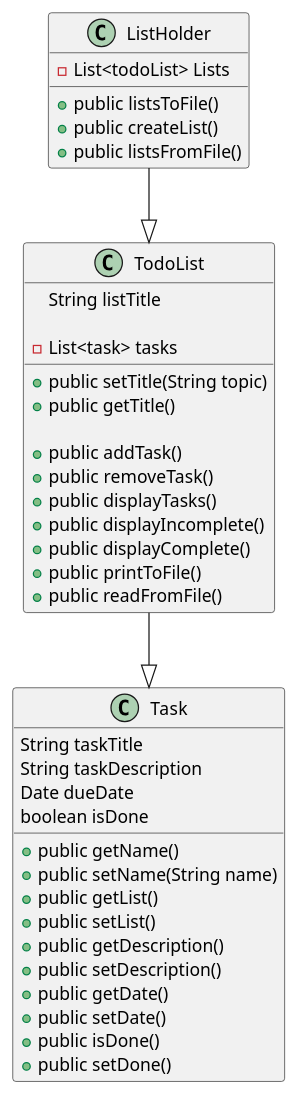
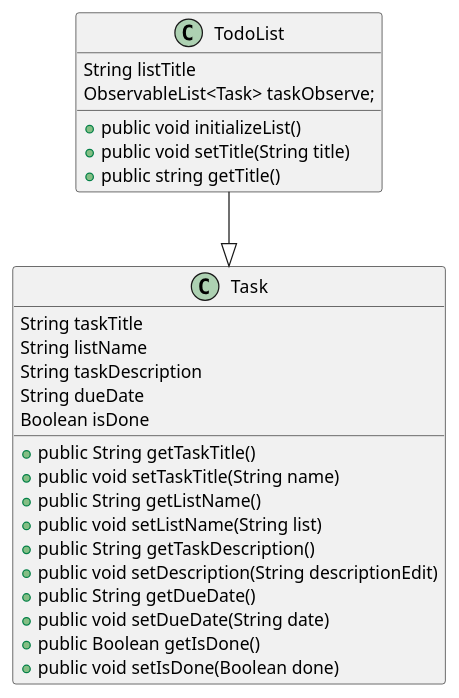
Before and after one commit to enzosromano/To-Do-List-Manager: the diagram in uml/objectDiagram.puml, drawn with PlantUML. The commit also changed 3 other files, not shown here.

Commit message:
Added Task methods + UML

```diff
--- a/uml/objectDiagram.puml
+++ b/uml/objectDiagram.puml
@@ -1,49 +1,33 @@
 @startuml
 
-ListHolder --|> TodoList
 TodoList --|> Task
-
-class ListHolder{
-    - List<todoList> Lists
-
-    + public listsToFile()
-    + public createList()
-    + public listsFromFile()
-}
 
 class TodoList{
     String listTitle
+    ObservableList<Task> taskObserve;
 
-    - List<task> tasks
-
-    + public setTitle(String topic)
-    + public getTitle()
-
-    + public addTask()
-    + public removeTask()
-    + public displayTasks()
-    + public displayIncomplete()
-    + public displayComplete()
-    + public printToFile()
-    + public readFromFile()
+    + public void initializeList()
+    + public void setTitle(String title)
+    + public string getTitle()
 }
 
 class Task{
     String taskTitle
+    String listName
     String taskDescription
-    Date dueDate
-    boolean isDone
+    String dueDate
+    Boolean isDone
 
-    + public getName()
-    + public setName(String name)
-    + public getList()
-    + public setList()
-    + public getDescription()
-    + public setDescription()
-    + public getDate()
-    + public setDate()
-    + public isDone()
-    + public setDone()
+    + public String getTaskTitle()
+    + public void setTaskTitle(String name)
+    + public String getListName()
+    + public void setListName(String list)
+    + public String getTaskDescription()
+    + public void setDescription(String descriptionEdit)
+    + public String getDueDate()
+    + public void setDueDate(String date)
+    + public Boolean getIsDone()
+    + public void setIsDone(Boolean done)
 }
 
 @enduml
```
